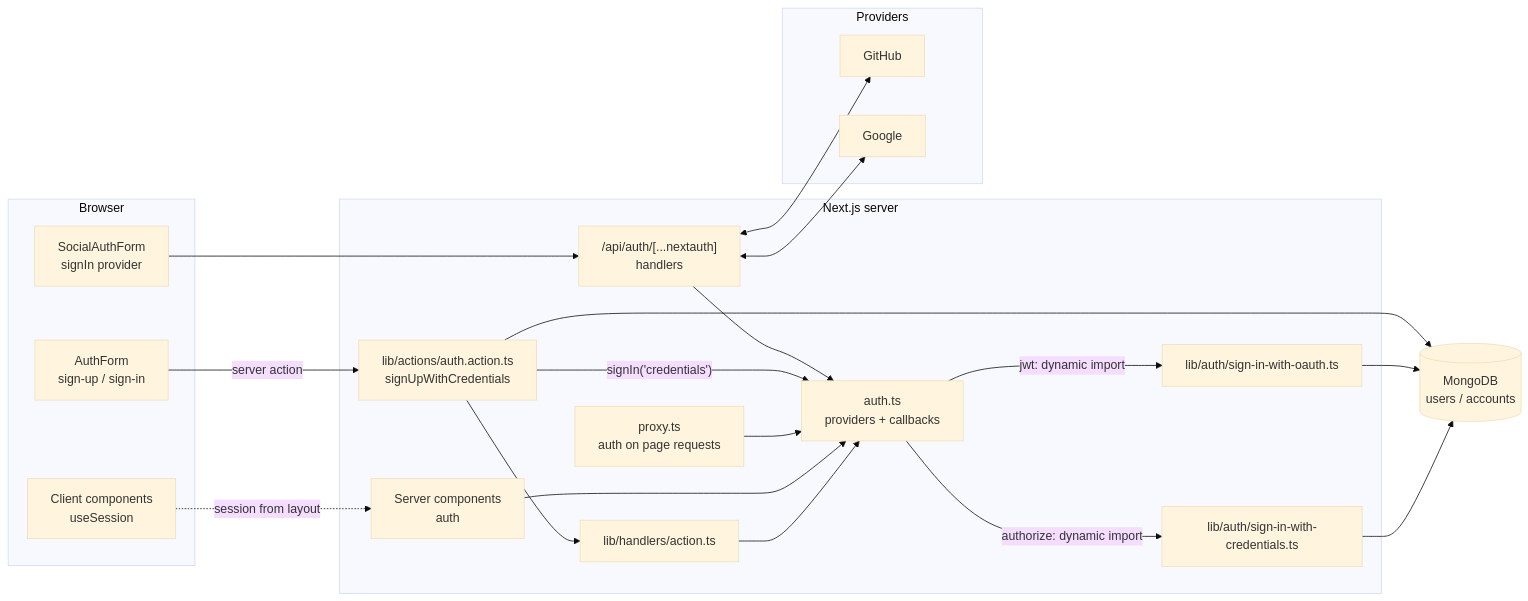
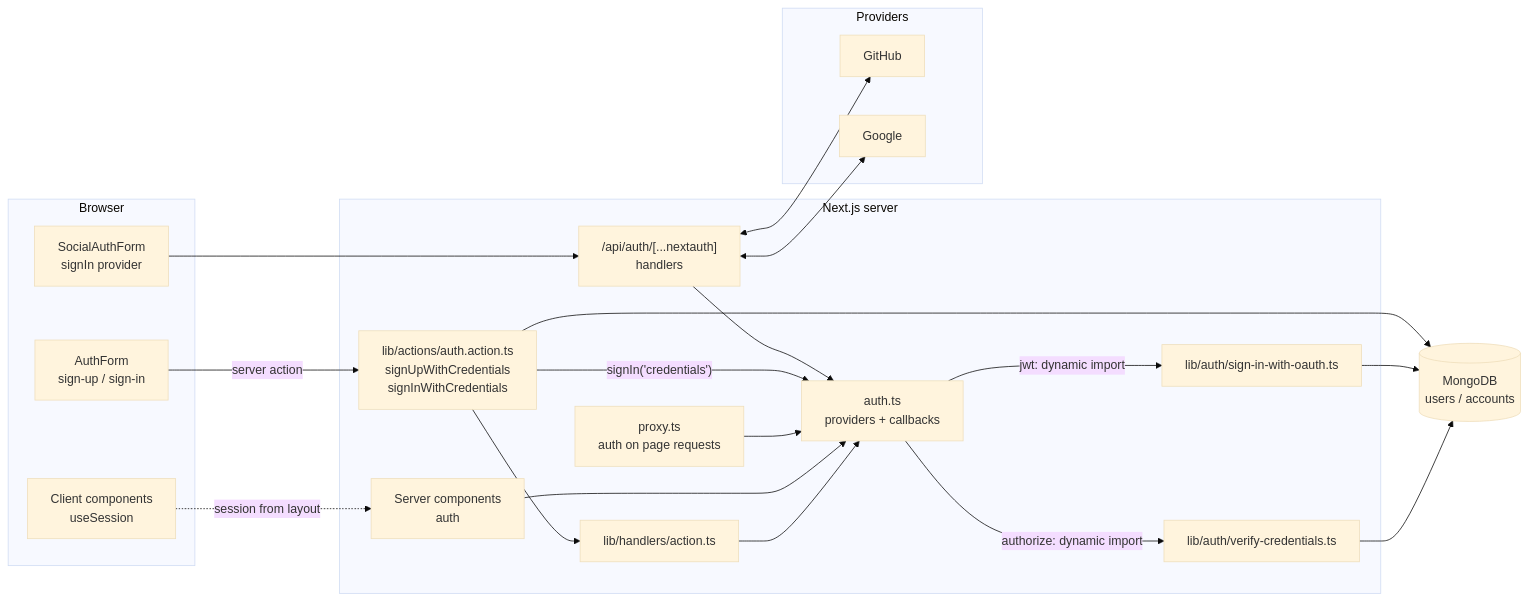
The first of 8 diagrams in docs/AUTH.md (firihy/dev-over-flow), drawn with Mermaid (base theme) before and after one commit. The commit also changed other lines of this file, not shown here.

Commit message:
docs: update auth doc for credentials sign-in

````diff
--- a/docs/AUTH.md
+++ b/docs/AUTH.md
@@ -40,43 +39,43 @@
 ```mermaid
 flowchart LR
   subgraph Browser
     SAF[SocialAuthForm<br/>signIn provider]
     AF[AuthForm<br/>sign-up / sign-in]
     CC[Client components<br/>useSession]
   end
 
   subgraph Next.js server
     PX[proxy.ts<br/>auth on page requests]
     RH["/api/auth/[...nextauth]<br/>handlers"]
     AUTH[auth.ts<br/>providers + callbacks]
     SIO[lib/auth/sign-in-with-oauth.ts]
-    SIC[lib/auth/sign-in-with-credentials.ts]
-    SUA[lib/actions/auth.action.ts<br/>signUpWithCredentials]
+    SIC[lib/auth/verify-credentials.ts]
+    SUA[lib/actions/auth.action.ts<br/>signUpWithCredentials<br/>signInWithCredentials]
     ACT[lib/handlers/action.ts]
     RSC[Server components<br/>auth]
   end
 
   subgraph Providers
     GH[GitHub]
     GO[Google]
   end
 
   DB[(MongoDB<br/>users / accounts)]
 
   SAF --> RH
   RH <--> GH
   RH <--> GO
   RH --> AUTH
   AF -- server action --> SUA
   SUA --> ACT
   SUA -- "signIn('credentials')" --> AUTH
   SUA --> DB
   AUTH -- "jwt: dynamic import" --> SIO
   AUTH -- "authorize: dynamic import" --> SIC
   SIO --> DB
   SIC --> DB
   PX --> AUTH
   RSC --> AUTH
   ACT --> AUTH
   CC -. session from layout .-> RSC
 ```
````
